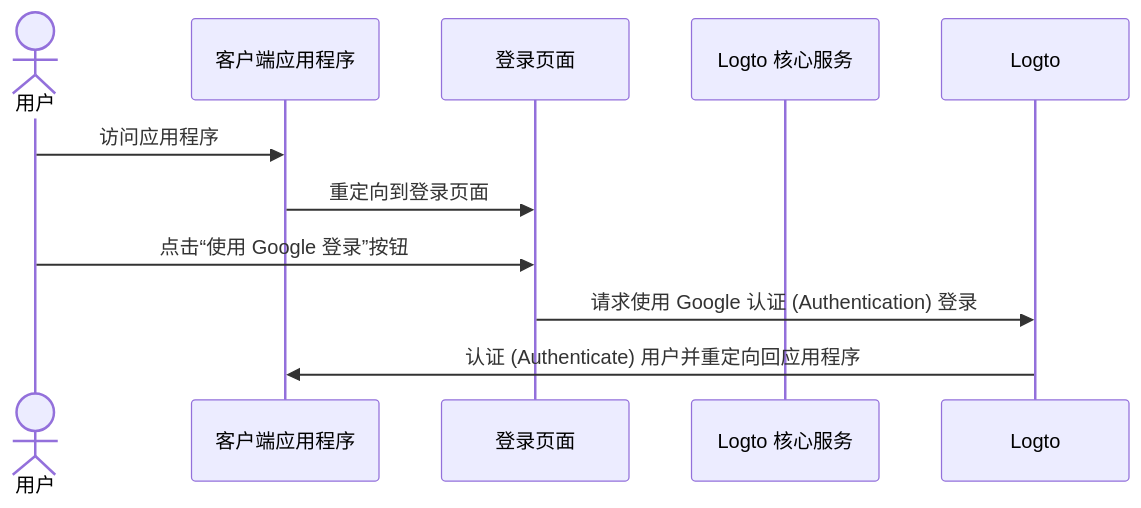
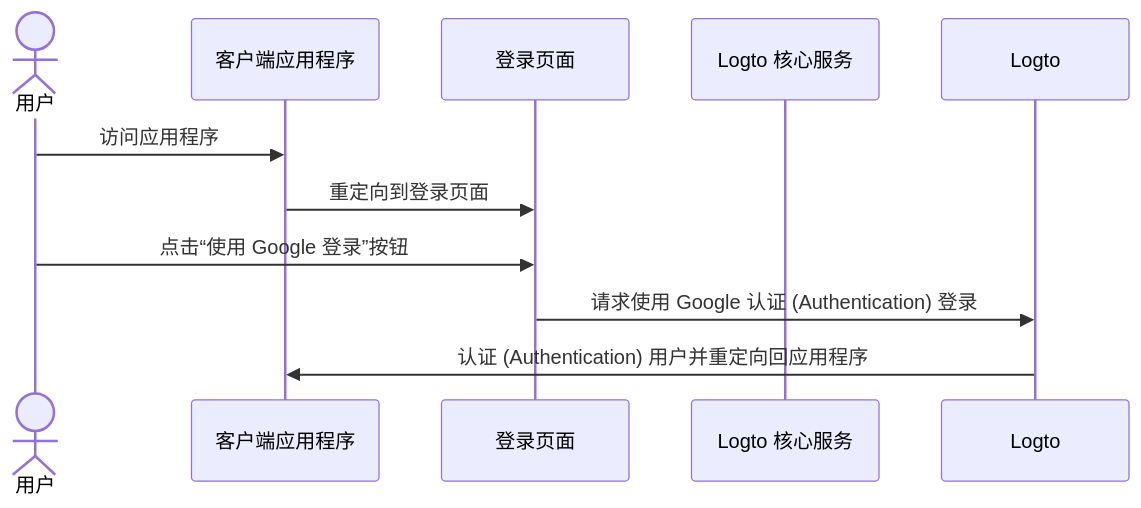
The second of 5 diagrams in i18n/zh-CN/docusaurus-plugin-content-docs/current/end-user-flows/sign-up-and-sign-in/social-sign-in.mdx (logto-io/docs), drawn with Mermaid before and after one commit. The commit also changed other lines of this file and 428 other files, not shown here.

````diff
--- a/i18n/zh-CN/docusaurus-plugin-content-docs/current/end-user-flows/sign-up-and-sign-in/social-sign-in.mdx
+++ b/i18n/zh-CN/docusaurus-plugin-content-docs/current/end-user-flows/sign-up-and-sign-in/social-sign-in.mdx
@@ -71,13 +72,13 @@
 ```mermaid
 sequenceDiagram
 actor user as 用户
     participant app as 客户端应用程序
     participant experience as 登录页面
-    participant logto as  Logto 核心服务
+    participant logto as Logto 核心服务
 
     user->>app: 访问应用程序
     app->>experience: 重定向到登录页面
     user->>experience: 点击“使用 Google 登录”按钮
     experience->>Logto: 请求使用 Google 认证 (Authentication) 登录
-    Logto->>app: 认证 (Authenticate) 用户并重定向回应用程序
+    Logto->>app: 认证 (Authentication) 用户并重定向回应用程序
 ```
````
